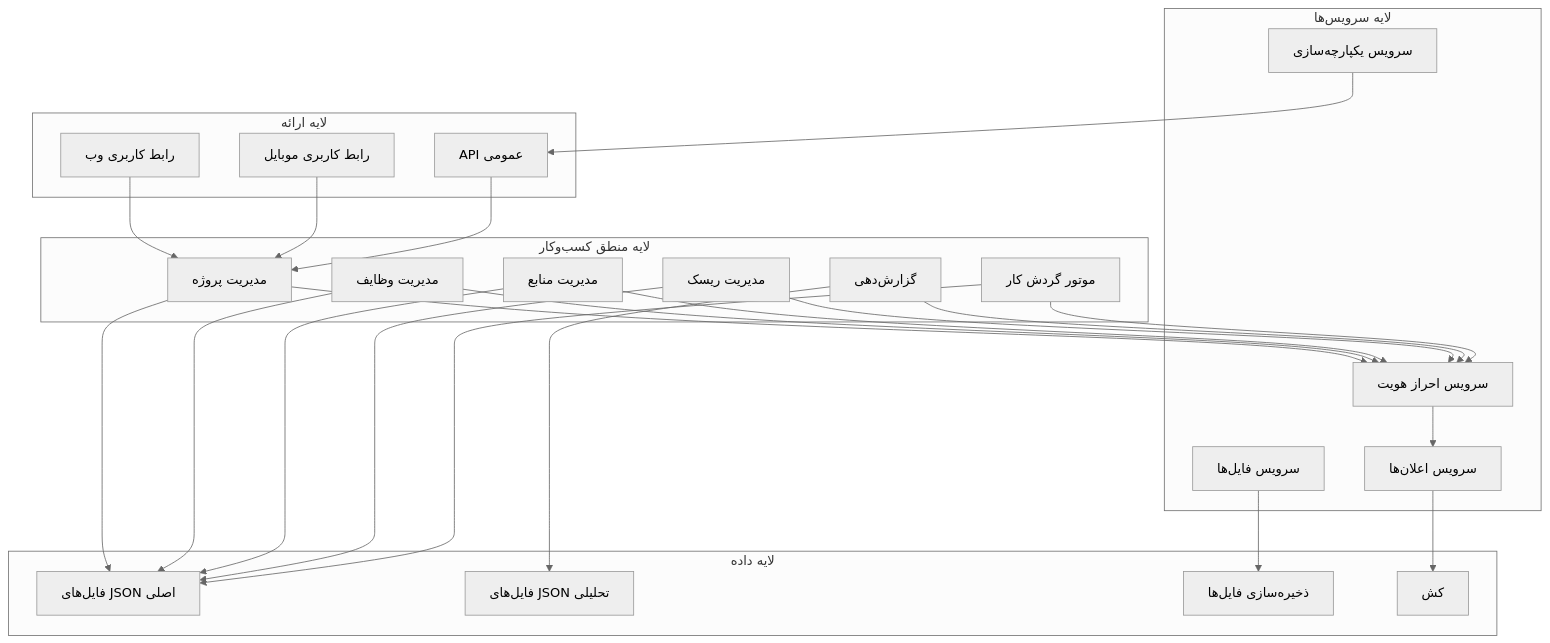
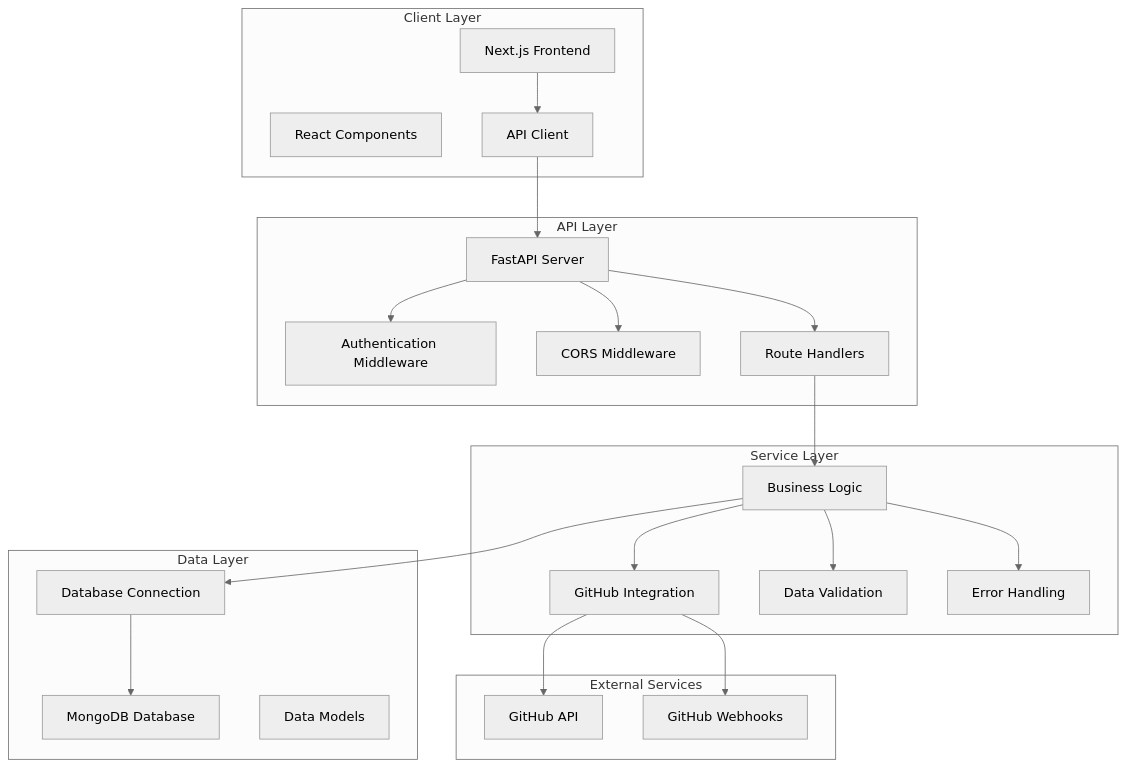
Before and after one commit to Shakour-Data/GravityManagement: the first of 8 diagrams in Docs/Architecture_doc.md, drawn with Mermaid (neutral theme). The commit also changed other lines of this file, not shown here.

First line of the commit message:
docs: Update architecture documentation to reflect new tech stack

````diff
--- a/Docs/Architecture_doc.md
+++ b/Docs/Architecture_doc.md
@@ -51,53 +35,47 @@
 ```mermaid
 graph TB
-    subgraph "لایه ارائه"
-        A[رابط کاربری وب]
-        B[رابط کاربری موبایل]
-        C[API عمومی]
+    subgraph "Client Layer"
+        A[Next.js Frontend]
+        B[React Components]
+        C[API Client]
     end
-    
-    subgraph "لایه منطق کسب‌وکار"
-        D[مدیریت پروژه]
-        E[مدیریت وظایف]
-        F[مدیریت منابع]
-        G[مدیریت ریسک]
-        H[گزارش‌دهی]
-        I[موتور گردش کار]
+
+    subgraph "API Layer"
+        D[FastAPI Server]
+        E[Authentication Middleware]
+        F[CORS Middleware]
+        G[Route Handlers]
     end
-    
-    subgraph "لایه سرویس‌ها"
-        J[سرویس احراز هویت]
-        K[سرویس اعلان‌ها]
-        L[سرویس فایل‌ها]
-        M[سرویس یکپارچه‌سازی]
+
+    subgraph "Service Layer"
+        H[Business Logic]
+        I[GitHub Integration]
+        J[Data Validation]
+        K[Error Handling]
     end
-    
-    subgraph "لایه داده"
-        N[فایل‌های JSON اصلی]
-        O[فایل‌های JSON تحلیلی]
-        P[ذخیره‌سازی فایل‌ها]
-        Q[کش]
+
+    subgraph "Data Layer"
+        L[MongoDB Database]
+        M[Data Models]
+        N[Database Connection]
     end
-    
-    A --> D
-    B --> D
+
+    subgraph "External Services"
+        O[GitHub API]
+        P[GitHub Webhooks]
+    end
+
+    A --> C
     C --> D
-    D --> J
-    E --> J
-    F --> J
-    G --> J
+    D --> E
+    D --> F
+    D --> G
+    G --> H
+    H --> I
     H --> J
-    I --> J
-    
-    D --> N
-    E --> N
-    F --> N
-    G --> N
-    H --> O
-    I --> N
-    
-    J --> K
-    K --> Q
-    L --> P
-    M --> C
+    H --> K
+    H --> N
+    N --> L
+    I --> O
+    I --> P
 ```
````
